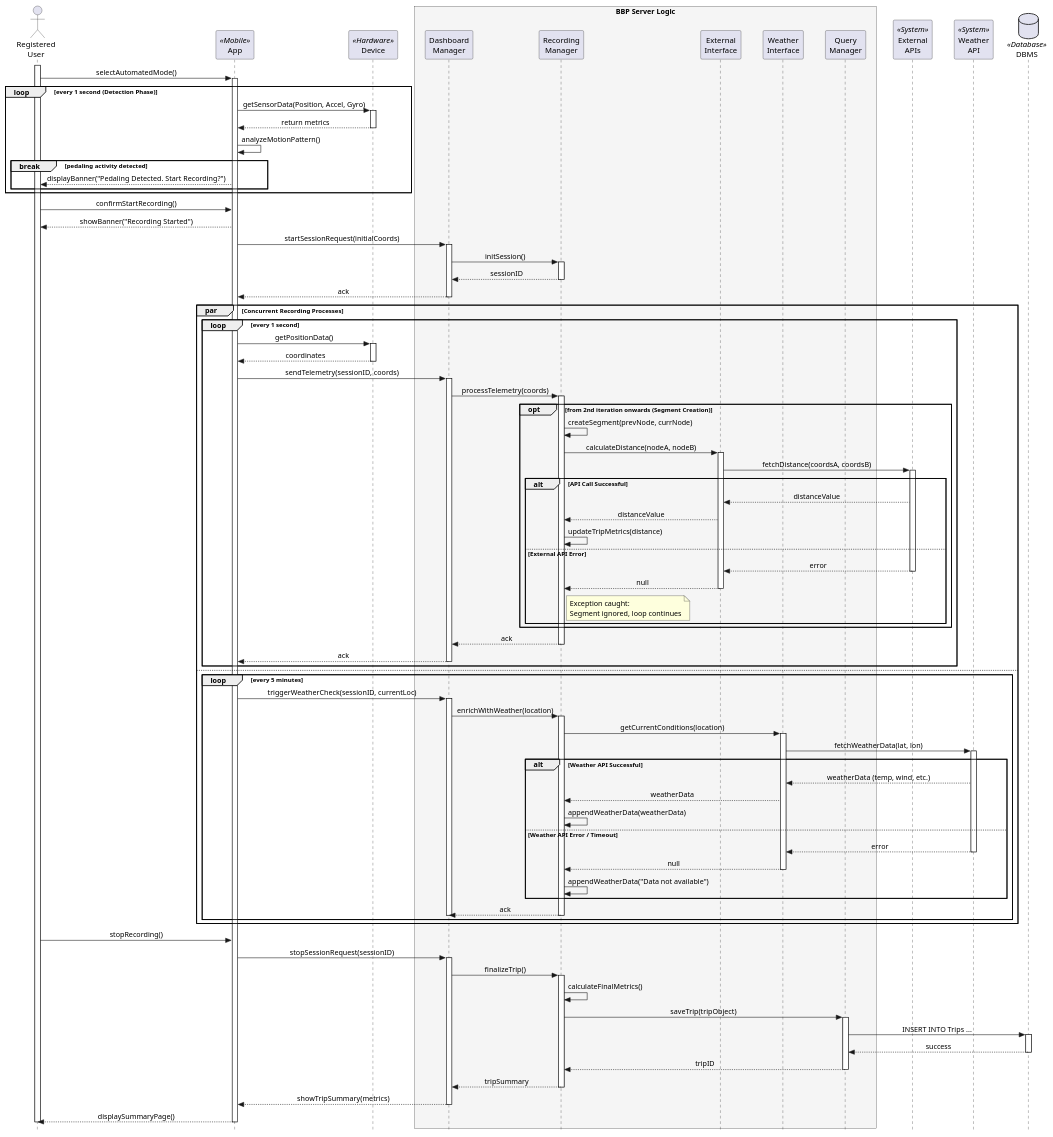
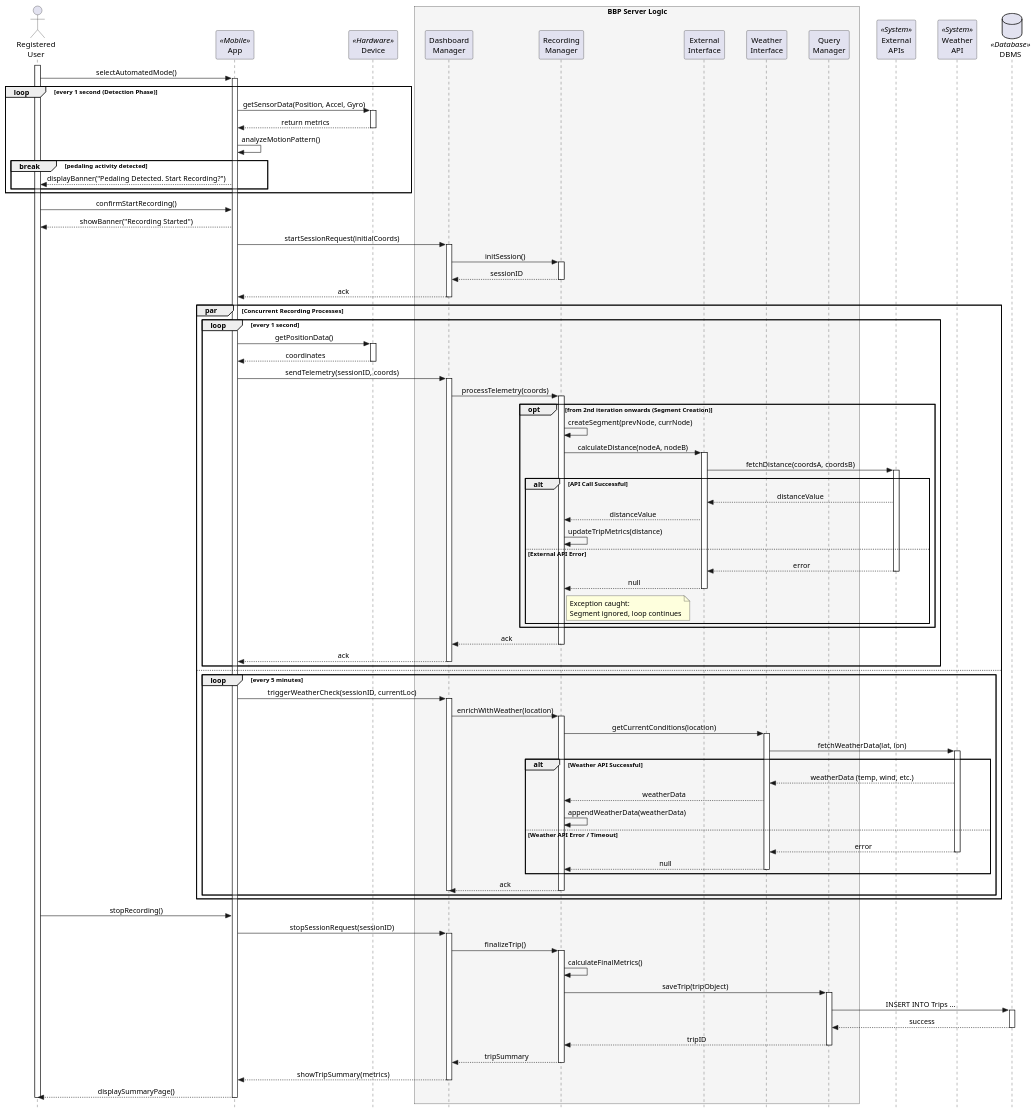
One commit to ABurato26/BuratoCrimellaFaccini changed the diagram in DD/sequence_diagrams/automated.plantuml. Above: the diagram before and after it, drawn with PlantUML. The commit also changed 14 other files, not shown here.

```diff
--- a/DD/sequence_diagrams/automated.plantuml
+++ b/DD/sequence_diagrams/automated.plantuml
@@ -1,155 +1,154 @@
 @startuml
 skinparam style strictuml
 skinparam sequenceMessageAlign center
 skinparam maxMessageSize 350
 skinparam ParticipantPadding 15
 skinparam BoxPadding 10
 
 actor "Registered\nUser" as user
 participant "App" as app <<Mobile>>
 participant "Device" as dev <<Hardware>>
 box "BBP Server Logic" #F5F5F5
     participant "Dashboard\nManager" as dashMan
     participant "Recording\nManager" as recMan
     participant "External\nInterface" as extInt
     participant "Weather\nInterface" as weaInt
     participant "Query\nManager" as queryMan
 end box
 participant "External\nAPIs" as extApi <<System>>
 participant "Weather\nAPI" as weaApi <<System>>
 database "DBMS" as db <<Database>>
 
 activate user
 user -> app : selectAutomatedMode()
 activate app
 
 ' --- PHASE 1: MOTION DETECTION ---
 loop every 1 second (Detection Phase)
     app -> dev : getSensorData(Position, Accel, Gyro)
     activate dev
     dev --> app : return metrics
     deactivate dev
     
     app -> app : analyzeMotionPattern()
     
     break pedaling activity detected
         app --> user : displayBanner("Pedaling Detected. Start Recording?")
     end
 end
 
 user -> app : confirmStartRecording()
 app --> user : showBanner("Recording Started")
 
 app -> dashMan : startSessionRequest(initialCoords)
 activate dashMan
 dashMan -> recMan : initSession()
 activate recMan
 recMan --> dashMan : sessionID
 deactivate recMan
 dashMan --> app : ack
 deactivate dashMan
 
 ' --- PHASE 2: RECORDING (PARALLEL LOOPS) ---
 par Concurrent Recording Processes
 
     ' --- LOOP 2: GPS & DISTANCE (1 sec) ---
     loop every 1 second
         app -> dev : getPositionData()
         activate dev
         dev --> app : coordinates
         deactivate dev
 
         app -> dashMan : sendTelemetry(sessionID, coords)
         activate dashMan
         dashMan -> recMan : processTelemetry(coords)
         activate recMan
 
         opt from 2nd iteration onwards (Segment Creation)
             recMan -> recMan : createSegment(prevNode, currNode)
             
             recMan -> extInt : calculateDistance(nodeA, nodeB)
             activate extInt
             extInt -> extApi : fetchDistance(coordsA, coordsB)
             activate extApi
             
             alt API Call Successful
                 extApi --> extInt : distanceValue
                 extInt --> recMan : distanceValue
                 recMan -> recMan : updateTripMetrics(distance)
             else External API Error
                 extApi --> extInt : error
                 deactivate extApi
                 extInt --> recMan : null
                 deactivate extInt
                 note right of recMan : Exception caught:\nSegment ignored, loop continues
             end
         end
         recMan --> dashMan : ack
         deactivate recMan
         dashMan --> app : ack
         deactivate dashMan
     end
 
 else
 
     ' --- LOOP 3: WEATHER (5 mins) ---
     loop every 5 minutes
         app -> dashMan : triggerWeatherCheck(sessionID, currentLoc)
         activate dashMan
         dashMan -> recMan : enrichWithWeather(location)
         activate recMan
         
         recMan -> weaInt : getCurrentConditions(location)
         activate weaInt
         weaInt -> weaApi : fetchWeatherData(lat, lon)
         activate weaApi
         
         alt Weather API Successful
             weaApi --> weaInt : weatherData (temp, wind, etc.)
             weaInt --> recMan : weatherData
             recMan -> recMan : appendWeatherData(weatherData)
         else Weather API Error / Timeout
             weaApi --> weaInt : error
             deactivate weaApi
             weaInt --> recMan : null
             deactivate weaInt
-            recMan -> recMan : appendWeatherData("Data not available")
         end
         
         recMan --> dashMan : ack
         deactivate recMan
         deactivate dashMan
     end
 
 end
 
 ' --- PHASE 3: TERMINATION ---
 user -> app : stopRecording()
 
 app -> dashMan : stopSessionRequest(sessionID)
 activate dashMan
 dashMan -> recMan : finalizeTrip()
 activate recMan
 
 recMan -> recMan : calculateFinalMetrics()
 
 ' Storage
 recMan -> queryMan : saveTrip(tripObject)
 activate queryMan
 queryMan -> db : INSERT INTO Trips ...
 activate db
 db --> queryMan : success
 deactivate db
 queryMan --> recMan : tripID
 deactivate queryMan
 
 recMan --> dashMan : tripSummary
 deactivate recMan
 
 dashMan --> app : showTripSummary(metrics)
 deactivate dashMan
 
 app --> user : displaySummaryPage()
 deactivate app
 deactivate user
 @enduml
```
